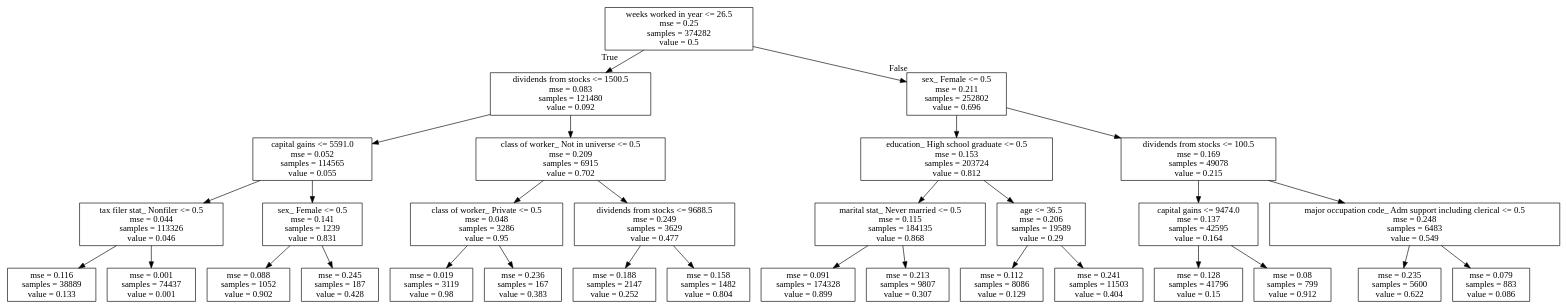
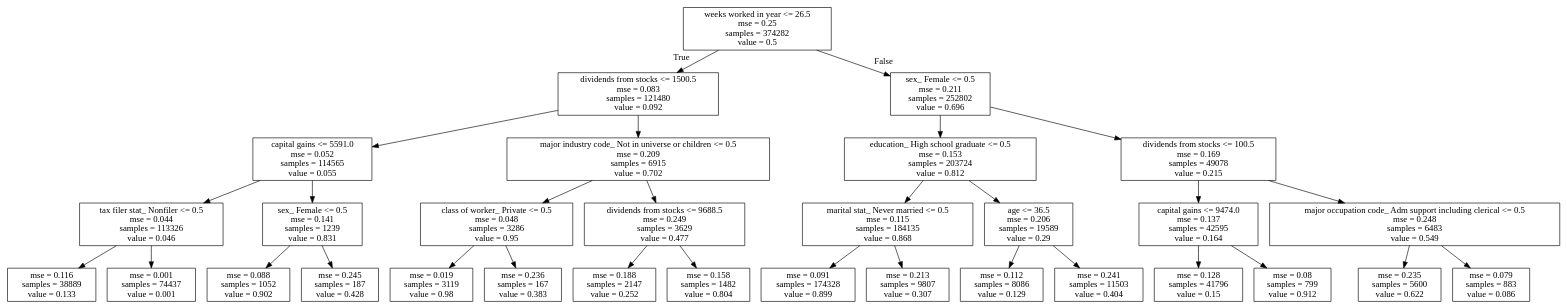
Before and after one commit to amitspudkey/DataIku_Project: the diagram in data_out/Model_2_tree.dot, drawn with Graphviz. The commit also changed 4 other files, not shown here.

```diff
--- a/data_out/Model_2_tree.dot
+++ b/data_out/Model_2_tree.dot
@@ -1,64 +1,64 @@
 digraph Tree {
 node [shape=box] ;
 0 [label="weeks worked in year <= 26.5\nmse = 0.25\nsamples = 374282\nvalue = 0.5"] ;
 1 [label="dividends from stocks <= 1500.5\nmse = 0.083\nsamples = 121480\nvalue = 0.092"] ;
 0 -> 1 [labeldistance=2.5, labelangle=45, headlabel="True"] ;
 2 [label="capital gains <= 5591.0\nmse = 0.052\nsamples = 114565\nvalue = 0.055"] ;
 1 -> 2 ;
 3 [label="tax filer stat_ Nonfiler <= 0.5\nmse = 0.044\nsamples = 113326\nvalue = 0.046"] ;
 2 -> 3 ;
 4 [label="mse = 0.116\nsamples = 38889\nvalue = 0.133"] ;
 3 -> 4 ;
 5 [label="mse = 0.001\nsamples = 74437\nvalue = 0.001"] ;
 3 -> 5 ;
 6 [label="sex_ Female <= 0.5\nmse = 0.141\nsamples = 1239\nvalue = 0.831"] ;
 2 -> 6 ;
 7 [label="mse = 0.088\nsamples = 1052\nvalue = 0.902"] ;
 6 -> 7 ;
 8 [label="mse = 0.245\nsamples = 187\nvalue = 0.428"] ;
 6 -> 8 ;
-9 [label="class of worker_ Not in universe <= 0.5\nmse = 0.209\nsamples = 6915\nvalue = 0.702"] ;
+9 [label="major industry code_ Not in universe or children <= 0.5\nmse = 0.209\nsamples = 6915\nvalue = 0.702"] ;
 1 -> 9 ;
 10 [label="class of worker_ Private <= 0.5\nmse = 0.048\nsamples = 3286\nvalue = 0.95"] ;
 9 -> 10 ;
 11 [label="mse = 0.019\nsamples = 3119\nvalue = 0.98"] ;
 10 -> 11 ;
 12 [label="mse = 0.236\nsamples = 167\nvalue = 0.383"] ;
 10 -> 12 ;
 13 [label="dividends from stocks <= 9688.5\nmse = 0.249\nsamples = 3629\nvalue = 0.477"] ;
 9 -> 13 ;
 14 [label="mse = 0.188\nsamples = 2147\nvalue = 0.252"] ;
 13 -> 14 ;
 15 [label="mse = 0.158\nsamples = 1482\nvalue = 0.804"] ;
 13 -> 15 ;
 16 [label="sex_ Female <= 0.5\nmse = 0.211\nsamples = 252802\nvalue = 0.696"] ;
 0 -> 16 [labeldistance=2.5, labelangle=-45, headlabel="False"] ;
 17 [label="education_ High school graduate <= 0.5\nmse = 0.153\nsamples = 203724\nvalue = 0.812"] ;
 16 -> 17 ;
 18 [label="marital stat_ Never married <= 0.5\nmse = 0.115\nsamples = 184135\nvalue = 0.868"] ;
 17 -> 18 ;
 19 [label="mse = 0.091\nsamples = 174328\nvalue = 0.899"] ;
 18 -> 19 ;
 20 [label="mse = 0.213\nsamples = 9807\nvalue = 0.307"] ;
 18 -> 20 ;
 21 [label="age <= 36.5\nmse = 0.206\nsamples = 19589\nvalue = 0.29"] ;
 17 -> 21 ;
 22 [label="mse = 0.112\nsamples = 8086\nvalue = 0.129"] ;
 21 -> 22 ;
 23 [label="mse = 0.241\nsamples = 11503\nvalue = 0.404"] ;
 21 -> 23 ;
 24 [label="dividends from stocks <= 100.5\nmse = 0.169\nsamples = 49078\nvalue = 0.215"] ;
 16 -> 24 ;
 25 [label="capital gains <= 9474.0\nmse = 0.137\nsamples = 42595\nvalue = 0.164"] ;
 24 -> 25 ;
 26 [label="mse = 0.128\nsamples = 41796\nvalue = 0.15"] ;
 25 -> 26 ;
 27 [label="mse = 0.08\nsamples = 799\nvalue = 0.912"] ;
 25 -> 27 ;
 28 [label="major occupation code_ Adm support including clerical <= 0.5\nmse = 0.248\nsamples = 6483\nvalue = 0.549"] ;
 24 -> 28 ;
 29 [label="mse = 0.235\nsamples = 5600\nvalue = 0.622"] ;
 28 -> 29 ;
 30 [label="mse = 0.079\nsamples = 883\nvalue = 0.086"] ;
 28 -> 30 ;
 }
```
